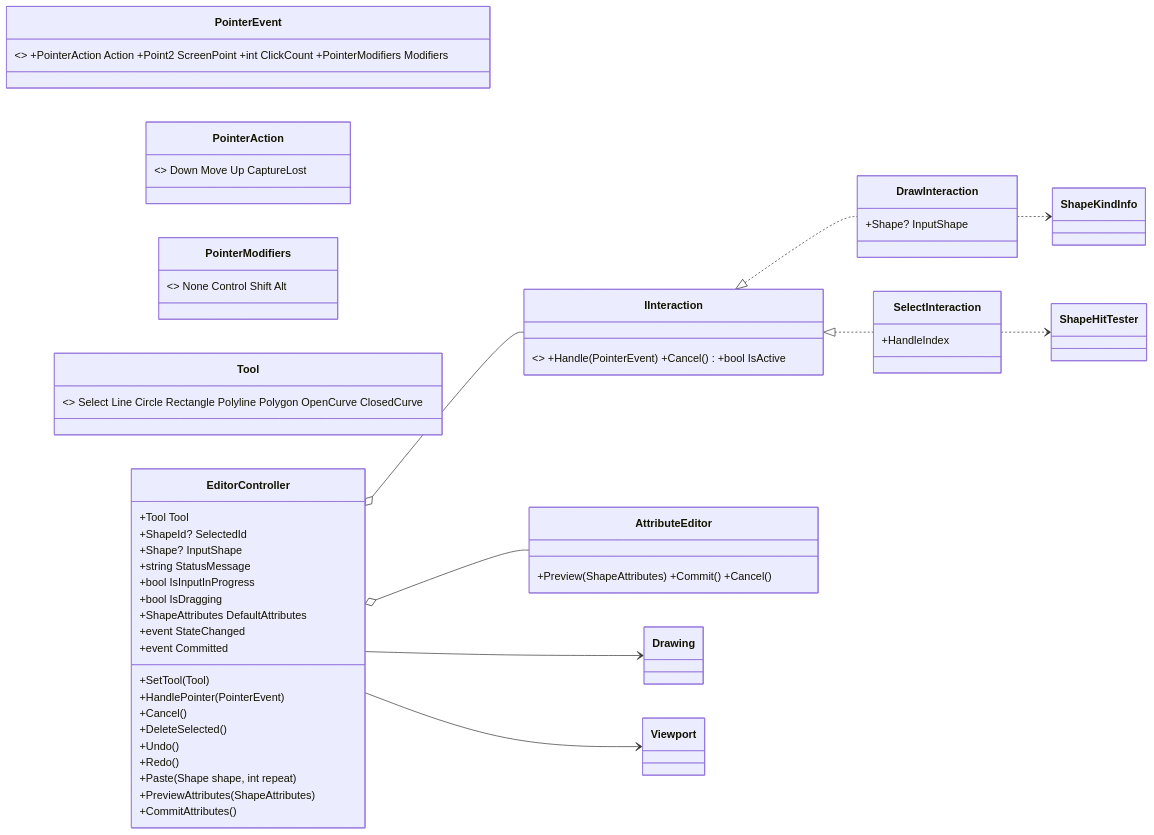
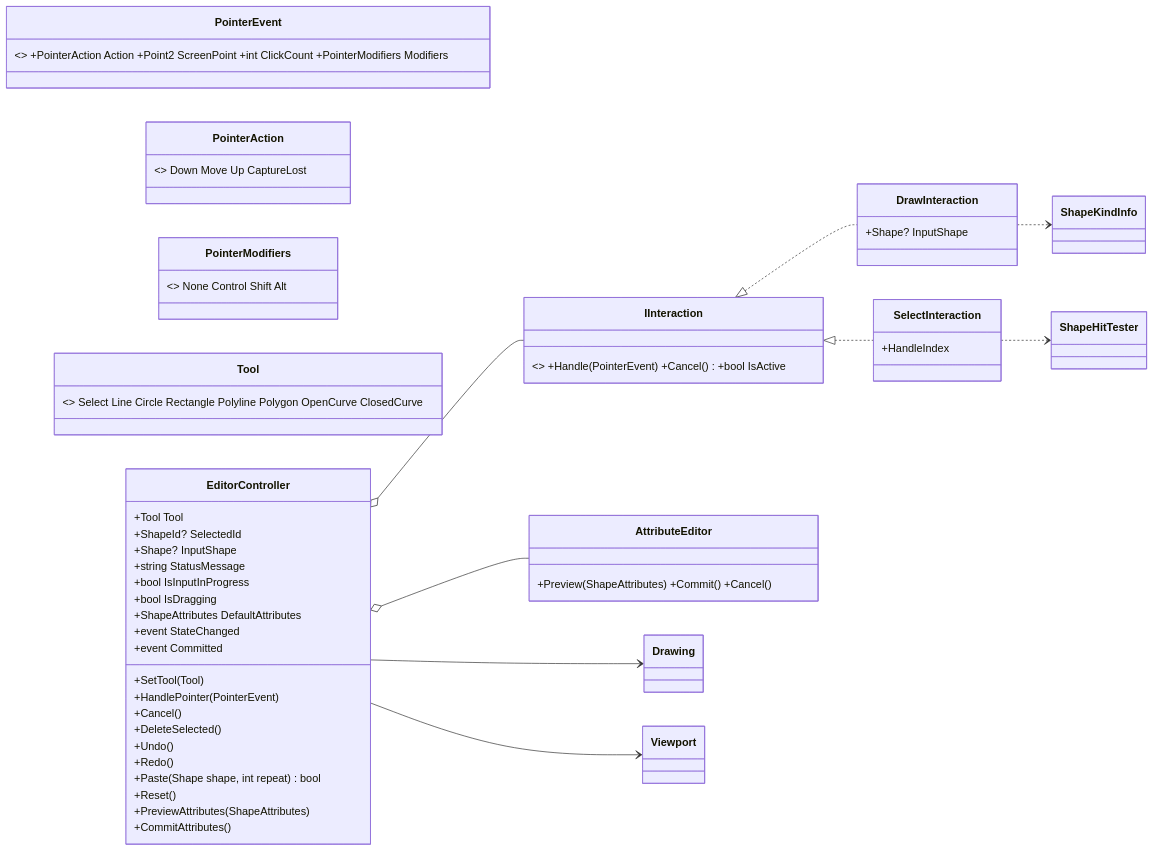
The fourth of 11 diagrams in Documents/20261105-cad-architecture.md (Fujiwo/Shos.WpfCadSample), drawn with Mermaid before and after one commit. The commit also changed other lines of this file and 6 other files, not shown here.

````diff
--- a/Documents/20261105-cad-architecture.md
+++ b/Documents/20261105-cad-architecture.md
@@ -281,40 +287,41 @@
 ```mermaid
 classDiagram
     direction LR
     class PointerEvent { <<record>> +PointerAction Action +Point2 ScreenPoint +int ClickCount +PointerModifiers Modifiers }
     class PointerAction { <<enum>> Down Move Up CaptureLost }
     class PointerModifiers { <<flags enum>> None Control Shift Alt }
     class Tool { <<enum>> Select Line Circle Rectangle Polyline Polygon OpenCurve ClosedCurve }
     class EditorController {
         +Tool Tool
         +ShapeId? SelectedId
         +Shape? InputShape
         +string StatusMessage
         +bool IsInputInProgress
         +bool IsDragging
         +ShapeAttributes DefaultAttributes
         +event StateChanged
         +event Committed
         +SetTool(Tool)
         +HandlePointer(PointerEvent)
         +Cancel()
         +DeleteSelected()
         +Undo()
         +Redo()
-        +Paste(Shape shape, int repeat)
+        +Paste(Shape shape, int repeat) bool
+        +Reset()
         +PreviewAttributes(ShapeAttributes)
         +CommitAttributes()
     }
     class IInteraction { <<interface>> +Handle(PointerEvent) +Cancel() +bool IsActive }
     class DrawInteraction { +Shape? InputShape }
     class SelectInteraction { +HandleIndex }
     class AttributeEditor { +Preview(ShapeAttributes) +Commit() +Cancel() }
     EditorController --> Drawing
     EditorController --> Viewport
     EditorController o-- IInteraction
     IInteraction <|.. DrawInteraction
     IInteraction <|.. SelectInteraction
     EditorController o-- AttributeEditor
     DrawInteraction ..> ShapeKindInfo
     SelectInteraction ..> ShapeHitTester
 ```
````
